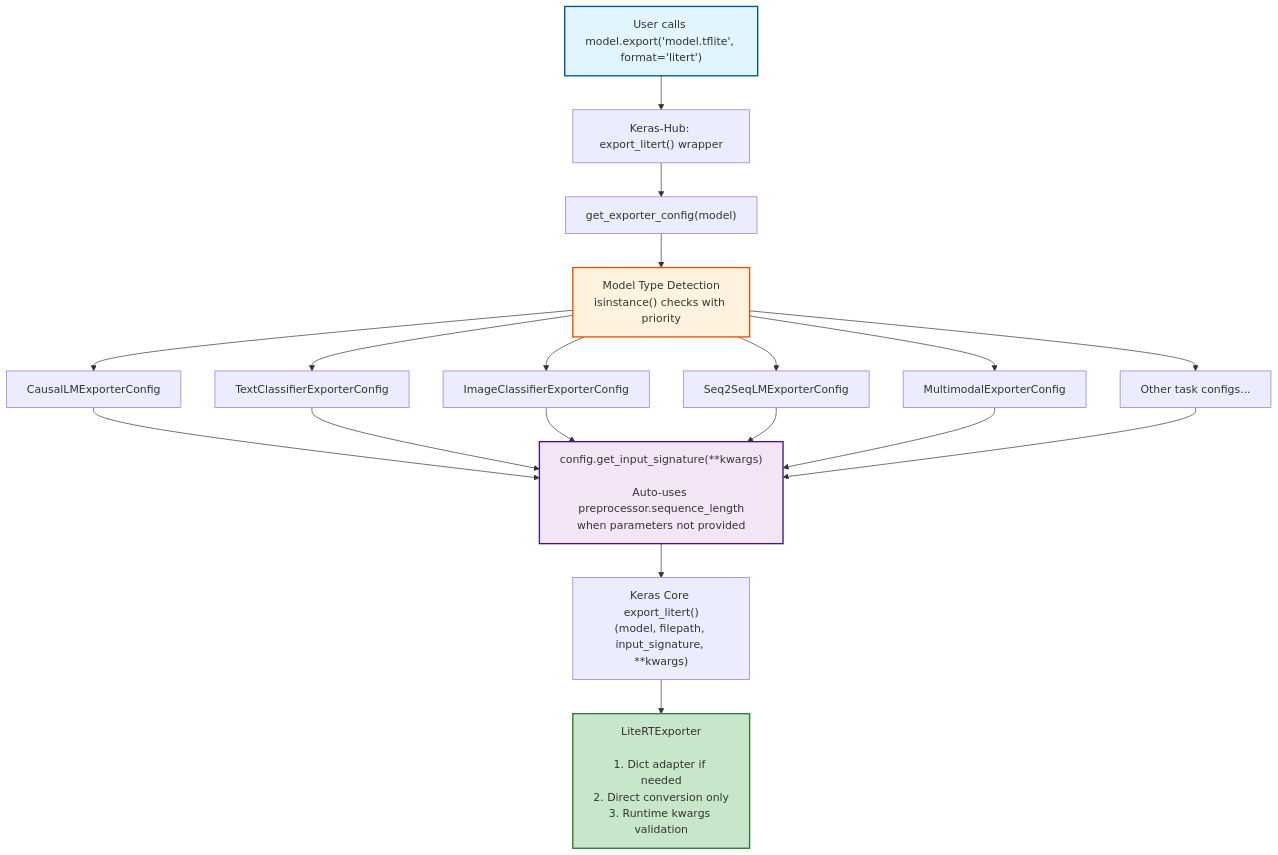
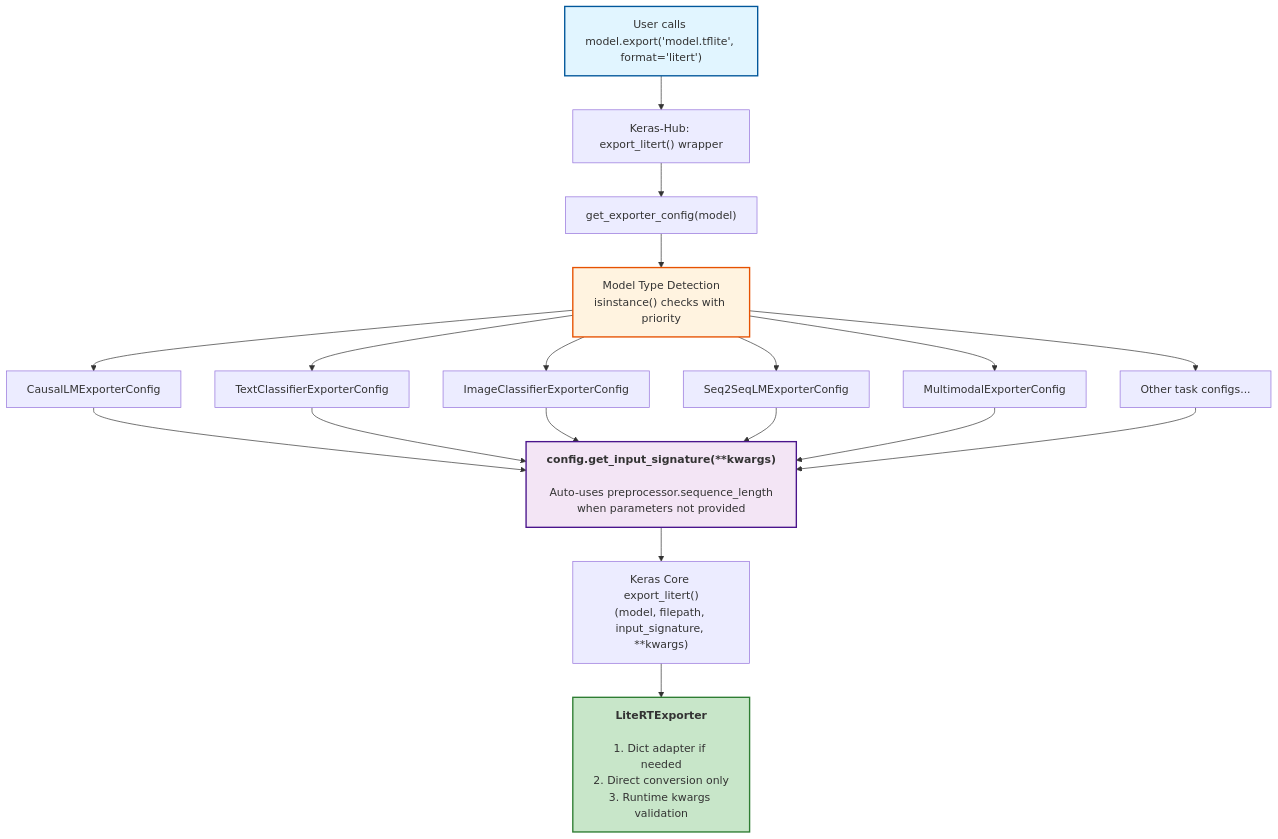
One commit to pctablet505/litert-export-docs changed the fifth of 6 diagrams in LiteRT Export design doc reviewed.md. Above: the diagram before and after it, drawn with Mermaid. The commit also changed other lines of this file, not shown here.

Commit message:
Update LiteRT Export design doc reviewed.md

````diff
--- a/LiteRT Export design doc reviewed.md
+++ b/LiteRT Export design doc reviewed.md
@@ -464,43 +464,43 @@
 ```mermaid
 flowchart TB
     A["User calls model.export('model.tflite', format='litert')"]
     B["Keras-Hub: export_litert() wrapper"]
     C["get_exporter_config(model)"]
     D["Model Type Detection<br/>isinstance() checks with priority"]
     
     E1["CausalLMExporterConfig"]
     E2["TextClassifierExporterConfig"]
     E3["ImageClassifierExporterConfig"]
     E4["Seq2SeqLMExporterConfig"]
     E5["MultimodalExporterConfig"]
     E6["Other task configs..."]
     
-    F["config.get_input_signature(**kwargs)<br/><br/>Auto-uses preprocessor.sequence_length<br/>when parameters not provided"]
+    F["<b>config.get_input_signature(**kwargs)</b><br/><br/>Auto-uses preprocessor.sequence_length<br/>when parameters not provided"]
     G["Keras Core export_litert()<br/>(model, filepath, input_signature, **kwargs)"]
-    H["LiteRTExporter<br/><br/>1. Dict adapter if needed<br/>2. Direct conversion only<br/>3. Runtime kwargs validation"]
+    H["<b>LiteRTExporter</b><br/><br/>1. Dict adapter if needed<br/>2. Direct conversion only<br/>3. Runtime kwargs validation"]
     
     A --> B
     B --> C
     C --> D
     D --> E1
     D --> E2
     D --> E3
     D --> E4
     D --> E5
     D --> E6
     
     E1 --> F
     E2 --> F
     E3 --> F
     E4 --> F
     E5 --> F
     E6 --> F
     
     F --> G
     G --> H
     
     style A fill:#e1f5ff,stroke:#01579b,stroke-width:2px
     style D fill:#fff3e0,stroke:#e65100,stroke-width:2px
     style F fill:#f3e5f5,stroke:#4a148c,stroke-width:2px
     style H fill:#c8e6c9,stroke:#2e7d32,stroke-width:2px
 ```
````
